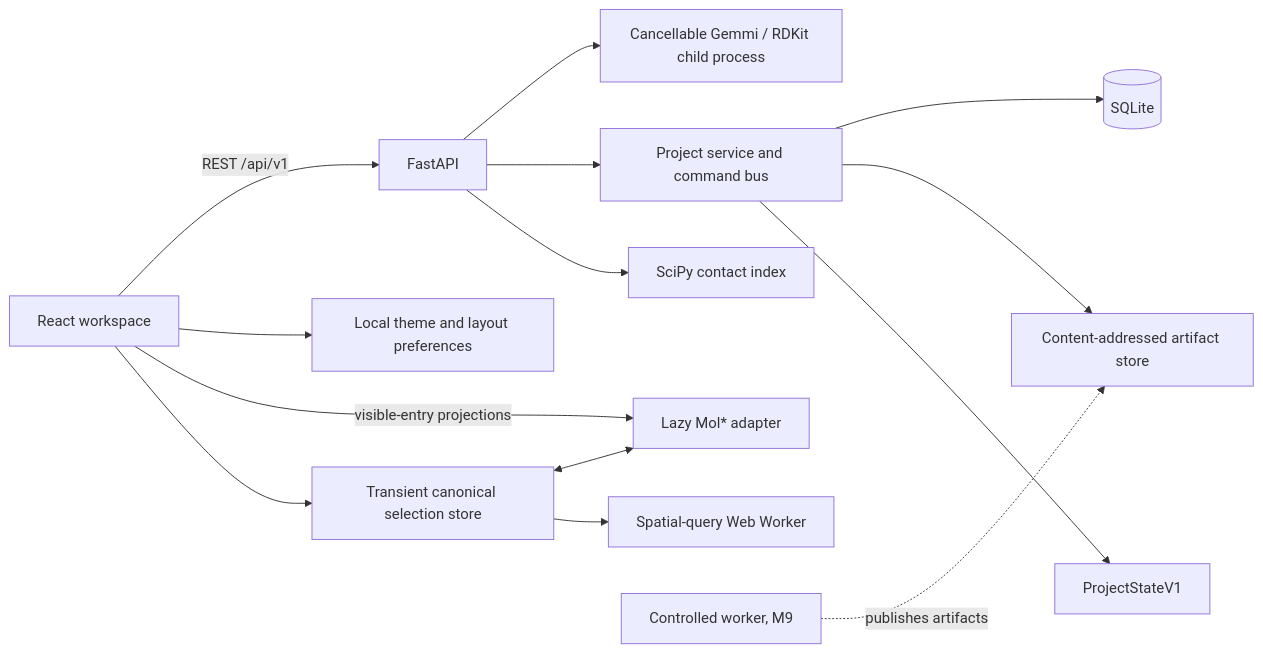
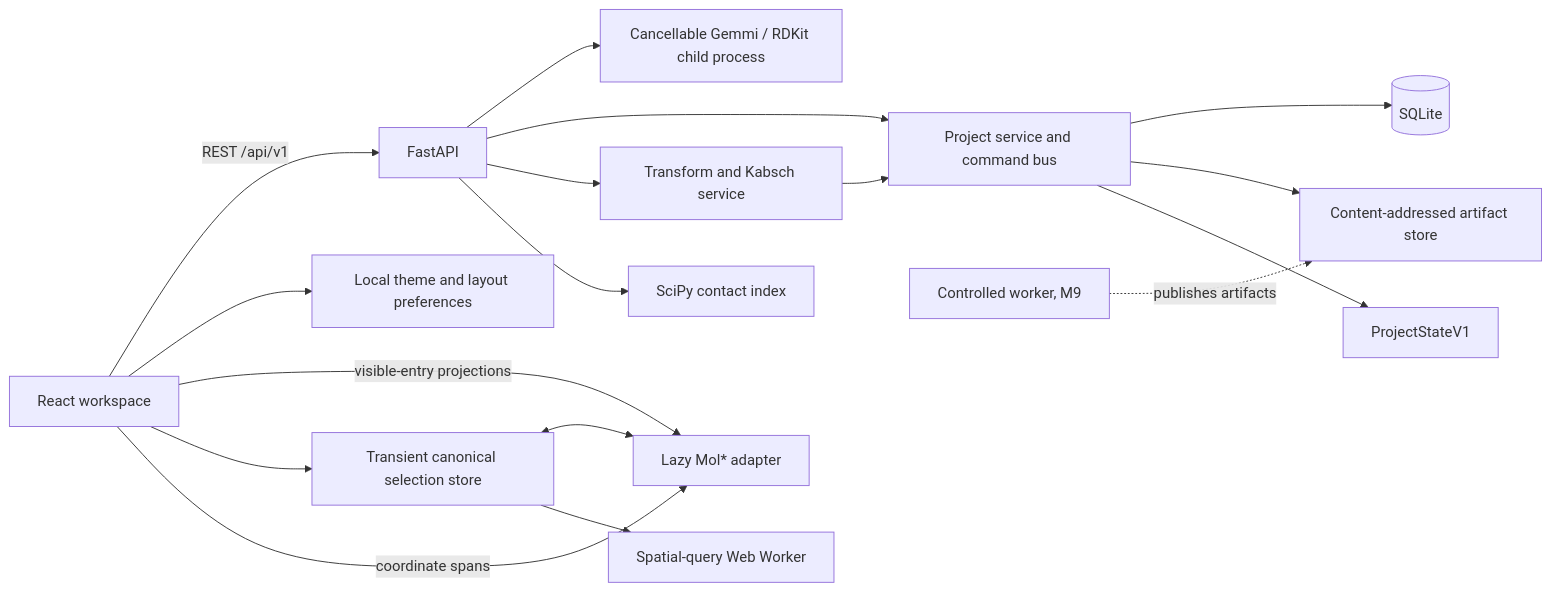
The diagram in README.md (ManuelSe/Neistra), drawn with Mermaid before and after one commit. The commit also changed other lines of this file and 4 other files, not shown here.

````diff
--- a/README.md
+++ b/README.md
@@ -47,16 +47,19 @@
 ```mermaid
 flowchart LR
     UI[React workspace] -->|REST /api/v1| API[FastAPI]
     UI --> PREFS[Local theme and layout preferences]
     API --> PARSE[Cancellable Gemmi / RDKit child process]
     API --> PS[Project service and command bus]
+    API --> COORD[Transform and Kabsch service]
+    COORD --> PS
     PS --> DB[(SQLite)]
     PS --> ART[Content-addressed artifact store]
     PS --> STATE[ProjectStateV1]
     UI -->|visible-entry projections| VIEWER[Lazy Mol* adapter]
     UI --> SELECT[Transient canonical selection store]
     SELECT <--> VIEWER
     SELECT --> WORKER[Spatial-query Web Worker]
+    UI -->|coordinate spans| VIEWER
     API --> CONTACTS[SciPy contact index]
     JOBS[Controlled worker, M9] -. publishes artifacts .-> ART
 ```
````
